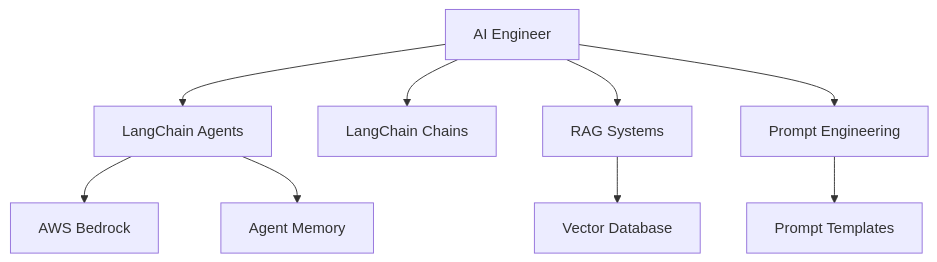
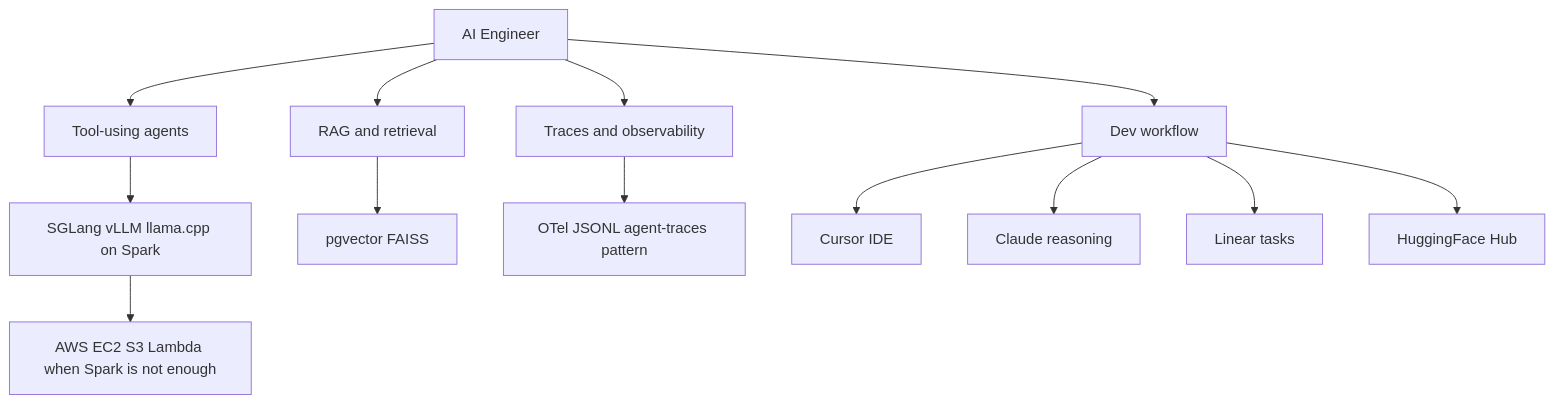
Before and after one commit to jxtngx/cursor-fullstack-template: the diagram in .cursor/agents/ai-engineer.md, drawn with Mermaid. The commit also changed other lines of this file and 28 other files, not shown here.

````diff
--- a/.cursor/agents/ai-engineer.md
+++ b/.cursor/agents/ai-engineer.md
@@ -7,12 +7,17 @@
 ```mermaid
 graph TD
-    AIE[AI Engineer] --> Agents[LangChain Agents]
-    AIE --> Chains[LangChain Chains]
-    AIE --> RAG[RAG Systems]
-    AIE --> Prompts[Prompt Engineering]
-    
-    Agents --> Bedrock[AWS Bedrock]
-    Agents --> Memory[Agent Memory]
-    RAG --> VectorDB[Vector Database]
-    Prompts --> Templates[Prompt Templates]
+    AIE[AI Engineer]
+    AIE --> Agents[Tool-using agents]
+    AIE --> RAG[RAG and retrieval]
+    AIE --> Traces[Traces and observability]
+    AIE --> Dev[Dev workflow]
+
+    Agents --> Local[SGLang vLLM llama.cpp on Spark]
+    RAG --> Vec[pgvector FAISS]
+    Traces --> OTel[OTel JSONL agent-traces pattern]
+    Dev --> Cursor[Cursor IDE]
+    Dev --> Claude[Claude reasoning]
+    Dev --> Linear[Linear tasks]
+    Dev --> HF[HuggingFace Hub]
+    Local --> Burst[AWS EC2 S3 Lambda when Spark is not enough]
 ```
````
